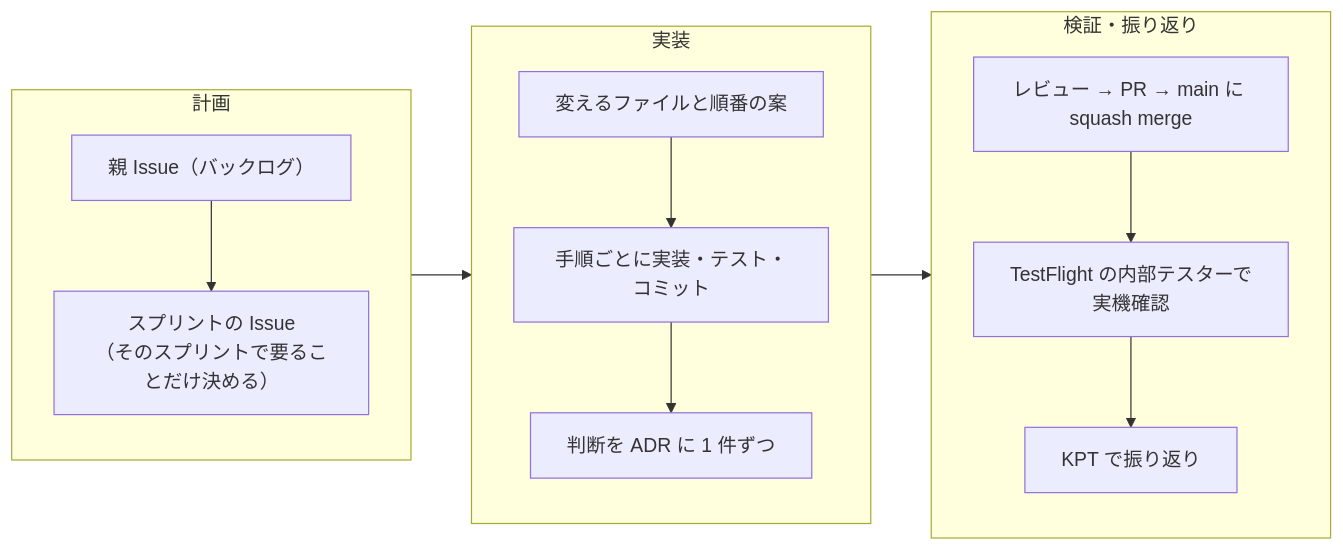
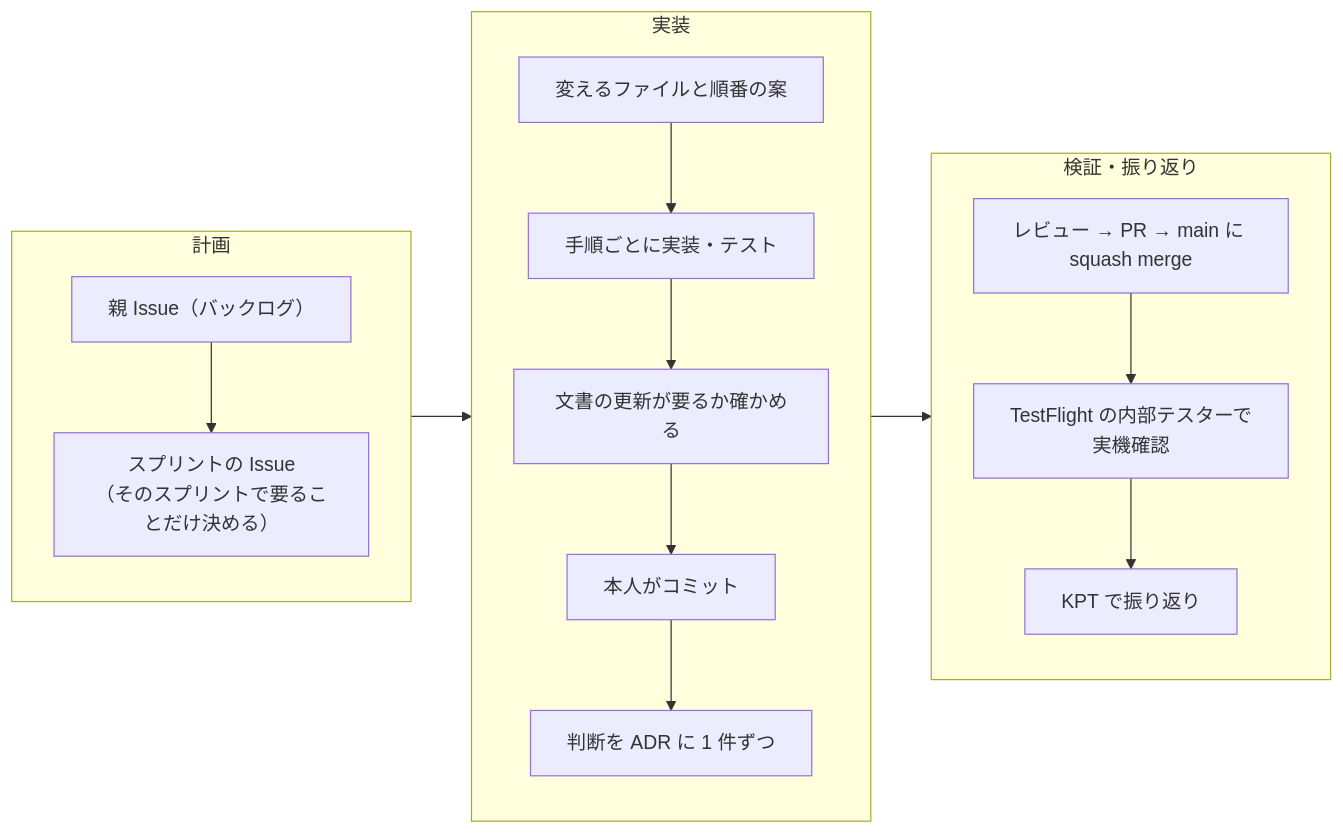
One commit to omomi-moti/Karaoke_support changed the diagram in docs/development_process.md. Above: the diagram before and after it, drawn with Mermaid. The commit also changed other lines of this file and 4 other files, not shown here.

````diff
--- a/docs/development_process.md
+++ b/docs/development_process.md
@@ -21,18 +21,20 @@
 ```mermaid
 flowchart LR
     subgraph G1["計画"]
         direction TB
         P["親 Issue（バックログ）"] --> S["スプリントの Issue<br/>（そのスプリントで要ることだけ決める）"]
     end
     subgraph G2["実装"]
         direction TB
-        PL["変えるファイルと順番の案"] --> ST["手順ごとに実装・テスト・コミット"]
-        ST --> ADR["判断を ADR に 1 件ずつ"]
+        PL["変えるファイルと順番の案"] --> ST["手順ごとに実装・テスト"]
+        ST --> DOC["文書の更新が要るか確かめる"]
+        DOC --> CM["本人がコミット"]
+        CM --> ADR["判断を ADR に 1 件ずつ"]
     end
     subgraph G3["検証・振り返り"]
         direction TB
         RV["レビュー → PR → main に squash merge"] --> TF["TestFlight の内部テスターで実機確認"]
         TF --> KPT["KPT で振り返り"]
     end
     G1 --> G2 --> G3
 ```
````
